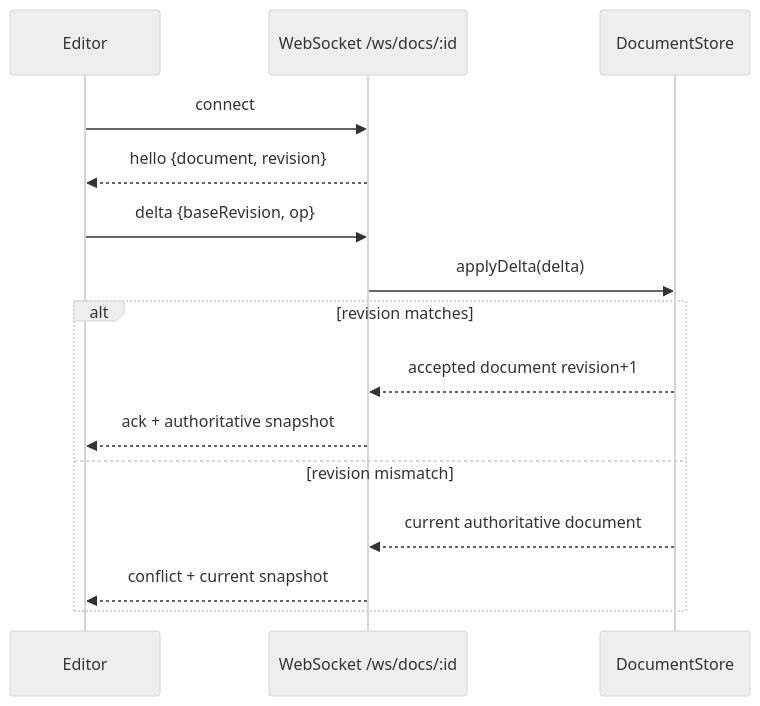
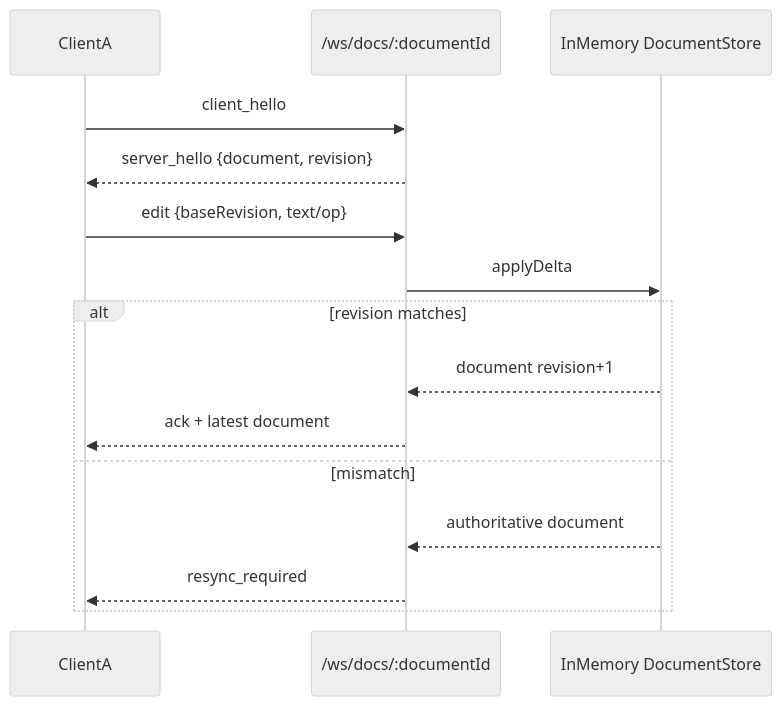
The fourth of 5 diagrams in docs/ARCHITECTURE.md (rumman52/Shuddho), drawn with Mermaid (neutral theme) before and after one commit. The commit also changed other lines of this file and 42 other files, not shown here.

Commit message:
Integrate Bangla gateway architecture

````diff
--- a/docs/ARCHITECTURE.md
+++ b/docs/ARCHITECTURE.md
@@ -91,17 +73,17 @@
 ```mermaid
 sequenceDiagram
-  participant Editor
-  participant WS as WebSocket /ws/docs/:id
-  participant Store as DocumentStore
-  Editor->>WS: connect
-  WS-->>Editor: hello {document, revision}
-  Editor->>WS: delta {baseRevision, op}
-  WS->>Store: applyDelta(delta)
+  participant ClientA
+  participant WS as /ws/docs/:documentId
+  participant Store as InMemory DocumentStore
+  ClientA->>WS: client_hello
+  WS-->>ClientA: server_hello {document, revision}
+  ClientA->>WS: edit {baseRevision, text/op}
+  WS->>Store: applyDelta
   alt revision matches
-    Store-->>WS: accepted document revision+1
-    WS-->>Editor: ack + authoritative snapshot
-  else revision mismatch
-    Store-->>WS: current authoritative document
-    WS-->>Editor: conflict + current snapshot
+    Store-->>WS: document revision+1
+    WS-->>ClientA: ack + latest document
+  else mismatch
+    Store-->>WS: authoritative document
+    WS-->>ClientA: resync_required
   end
 ```
````
